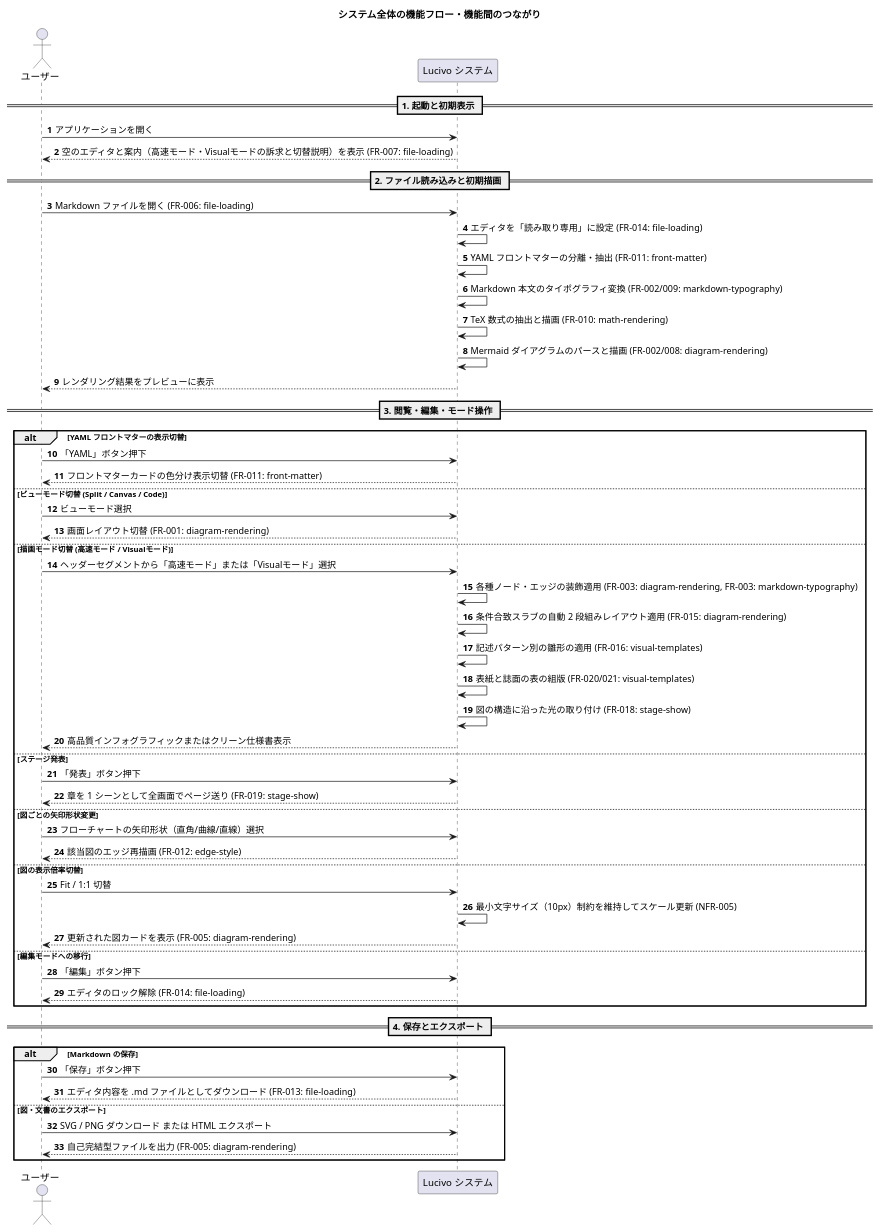
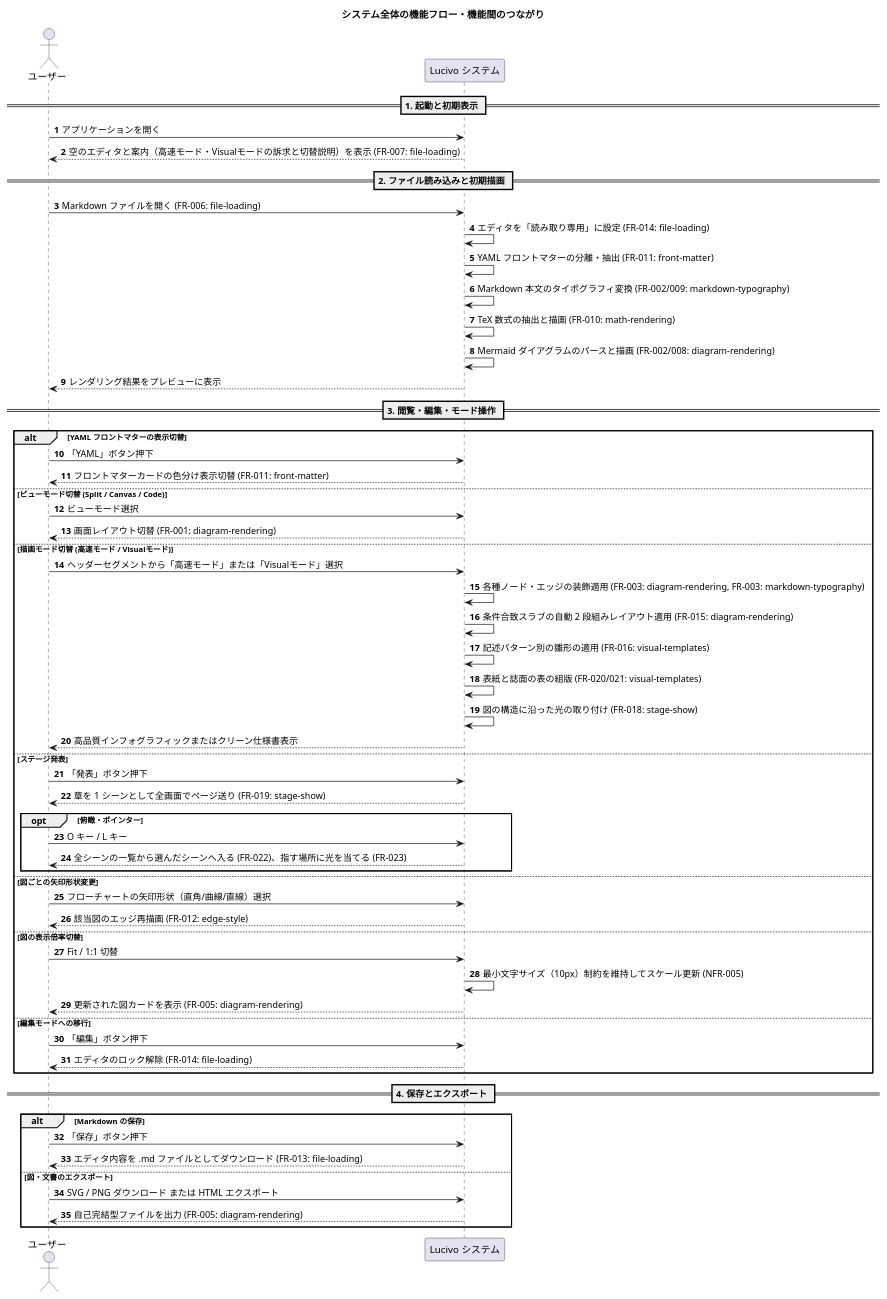
Before and after one commit to prankster-freedom/Lucivo: the second of 2 diagrams in doc/1.SRS.md, drawn with PlantUML. The commit also changed other lines of this file and 15 other files, not shown here.

````diff
--- a/doc/1.SRS.md
+++ b/doc/1.SRS.md
@@ -120,60 +120,64 @@
 ```plantuml
 @startuml
 title システム全体の機能フロー・機能間のつながり
 autonumber
 actor "ユーザー" as User
 participant "Lucivo システム" as App
 
 == 1. 起動と初期表示 ==
 User -> App: アプリケーションを開く
 App --> User: 空のエディタと案内（高速モード・Visualモードの訴求と切替説明）を表示 (FR-007: file-loading)
 
 == 2. ファイル読み込みと初期描画 ==
 User -> App: Markdown ファイルを開く (FR-006: file-loading)
 App -> App: エディタを「読み取り専用」に設定 (FR-014: file-loading)
 App -> App: YAML フロントマターの分離・抽出 (FR-011: front-matter)
 App -> App: Markdown 本文のタイポグラフィ変換 (FR-002/009: markdown-typography)
 App -> App: TeX 数式の抽出と描画 (FR-010: math-rendering)
 App -> App: Mermaid ダイアグラムのパースと描画 (FR-002/008: diagram-rendering)
 App --> User: レンダリング結果をプレビューに表示
 
 == 3. 閲覧・編集・モード操作 ==
 alt YAML フロントマターの表示切替
   User -> App: 「YAML」ボタン押下
   App --> User: フロントマターカードの色分け表示切替 (FR-011: front-matter)
 else ビューモード切替 (Split / Canvas / Code)
   User -> App: ビューモード選択
   App --> User: 画面レイアウト切替 (FR-001: diagram-rendering)
 else 描画モード切替 (高速モード / Visualモード)
   User -> App: ヘッダーセグメントから「高速モード」または「Visualモード」選択
   App -> App: 各種ノード・エッジの装飾適用 (FR-003: diagram-rendering, FR-003: markdown-typography)
   App -> App: 条件合致スラブの自動 2 段組みレイアウト適用 (FR-015: diagram-rendering)
   App -> App: 記述パターン別の雛形の適用 (FR-016: visual-templates)
   App -> App: 表紙と誌面の表の組版 (FR-020/021: visual-templates)
   App -> App: 図の構造に沿った光の取り付け (FR-018: stage-show)
   App --> User: 高品質インフォグラフィックまたはクリーン仕様書表示
 else ステージ発表
   User -> App: 「発表」ボタン押下
   App --> User: 章を 1 シーンとして全画面でページ送り (FR-019: stage-show)
+  opt 俯瞰・ポインター
+    User -> App: O キー / L キー
+    App --> User: 全シーンの一覧から選んだシーンへ入る (FR-022)、指す場所に光を当てる (FR-023)
+  end
 else 図ごとの矢印形状変更
   User -> App: フローチャートの矢印形状（直角/曲線/直線）選択
   App --> User: 該当図のエッジ再描画 (FR-012: edge-style)
 else 図の表示倍率切替
   User -> App: Fit / 1:1 切替
   App -> App: 最小文字サイズ（10px）制約を維持してスケール更新 (NFR-005)
   App --> User: 更新された図カードを表示 (FR-005: diagram-rendering)
 else 編集モードへの移行
   User -> App: 「編集」ボタン押下
   App --> User: エディタのロック解除 (FR-014: file-loading)
 end
 
 == 4. 保存とエクスポート ==
 alt Markdown の保存
   User -> App: 「保存」ボタン押下
   App --> User: エディタ内容を .md ファイルとしてダウンロード (FR-013: file-loading)
 else 図・文書のエクスポート
   User -> App: SVG / PNG ダウンロード または HTML エクスポート
   App --> User: 自己完結型ファイルを出力 (FR-005: diagram-rendering)
 end
 @enduml
 ```
````
